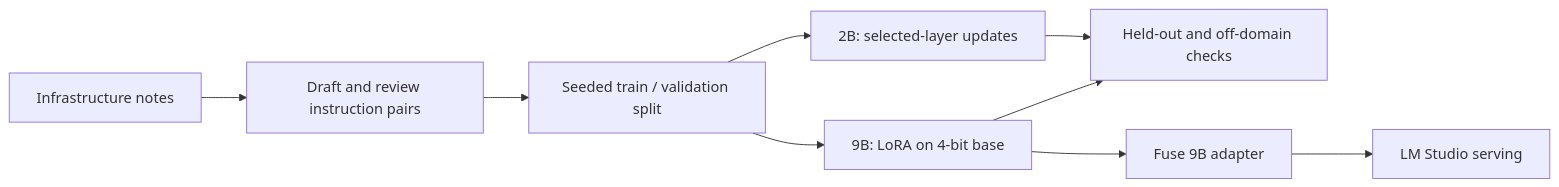
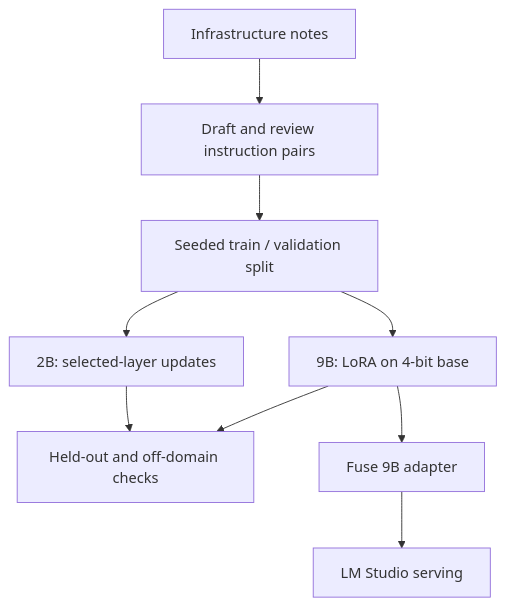
The diagram in ai/finetuning/README.md (naveen6gowda/Portfolio), drawn with Mermaid before and after one commit.

Commit message:
Keep the training workflow readable in GitHub preview

````diff
--- a/ai/finetuning/README.md
+++ b/ai/finetuning/README.md
@@ -37,11 +37,11 @@
 ```mermaid
-flowchart LR
+flowchart TD
     D[Infrastructure notes] --> P[Draft and review instruction pairs]
     P --> S[Seeded train / validation split]
     S --> L[9B: LoRA on 4-bit base]
     S --> W[2B: selected-layer updates]
     L --> E[Held-out and off-domain checks]
     W --> E
     L --> F[Fuse 9B adapter]
     F --> M[LM Studio serving]
 ```
````
